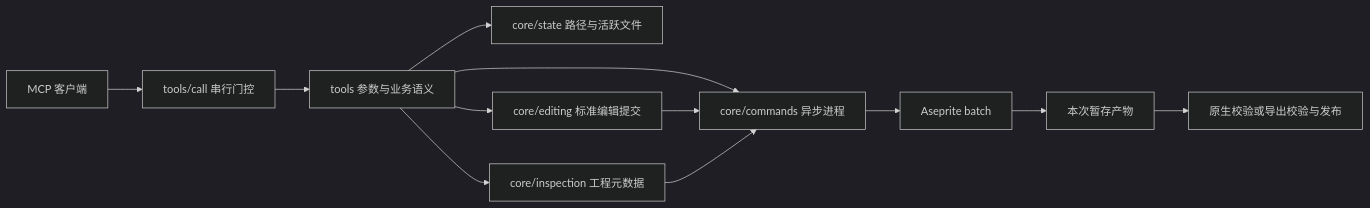
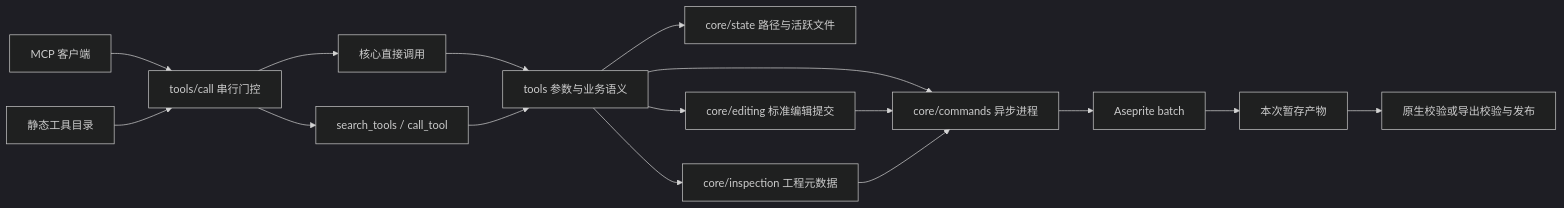
One commit to meteoritel/aseprite-mcp changed the diagram in docs/README.md. Above: the diagram before and after it, drawn with Mermaid (dark theme). The commit also changed other lines of this file and 57 other files, not shown here.

````diff
--- a/docs/README.md
+++ b/docs/README.md
@@ -7,14 +7,18 @@
 ```mermaid
 flowchart LR
     Client[MCP 客户端] --> Server[tools/call 串行门控]
-    Server --> Tools[tools 参数与业务语义]
+    Catalog[静态工具目录] --> Server
+    Server --> Direct[核心直接调用]
+    Server --> Discovery[search_tools / call_tool]
+    Direct --> Tools[tools 参数与业务语义]
+    Discovery --> Tools
     Tools --> State[core/state 路径与活跃文件]
     Tools --> Edit[core/editing 标准编辑提交]
     Tools --> Inspect[core/inspection 工程元数据]
     Tools --> Exec[core/commands 异步进程]
     Edit --> Exec
     Inspect --> Exec
     Exec --> Aseprite[Aseprite batch]
     Aseprite --> Stage[本次暂存产物]
     Stage --> Publish[原生校验或导出校验与发布]
 ```
````
